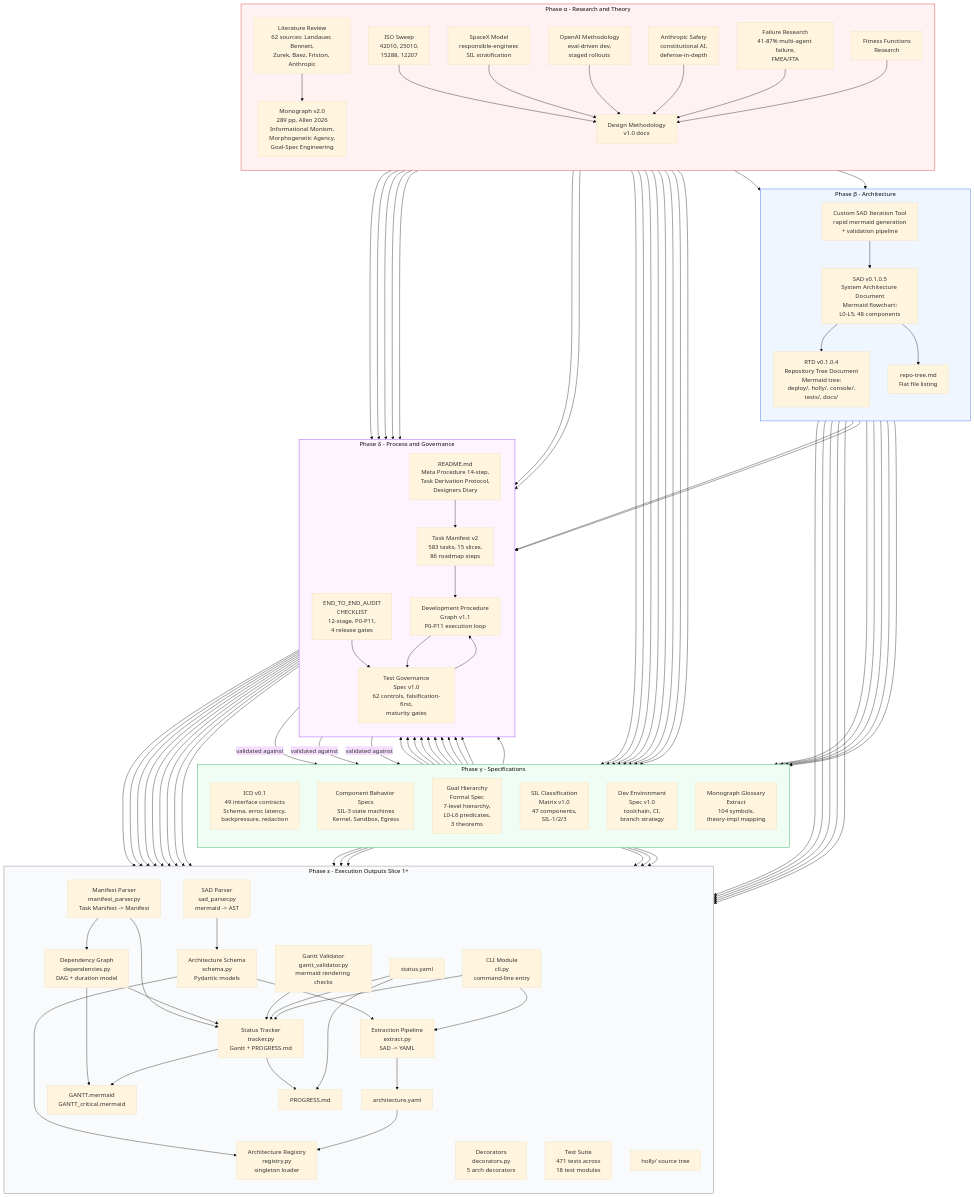
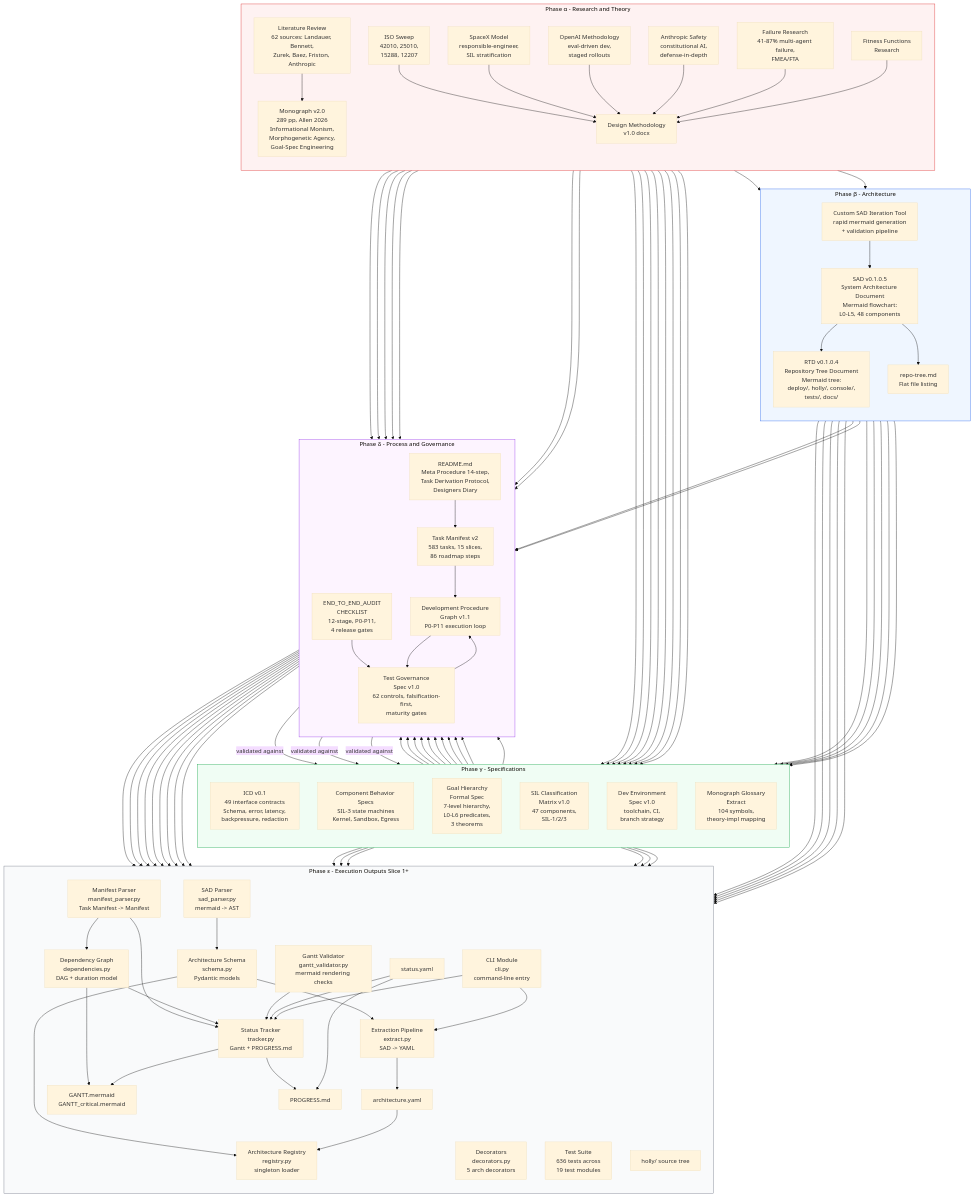
Before and after one commit to 1seansean1/ecom-agents: the diagram in docs/architecture/Artifact_Genealogy.md, drawn with Mermaid (base theme). The commit also changed other lines of this file and 10 other files, not shown here.

First line of the commit message:
Task 5.6: Register all 49 ICDs in architecture.yaml with registry lookups

```diff
--- a/docs/architecture/Artifact_Genealogy.md
+++ b/docs/architecture/Artifact_Genealogy.md
@@ -97,7 +97,7 @@
         GANTT["GANTT.mermaid\nGANTT_critical.mermaid"]
         PROG["PROGRESS.md"]
         STATYS["status.yaml"]
-        TESTS["Test Suite\n471 tests across\n18 test modules"]
+        TESTS["Test Suite\n636 tests across\n19 test modules"]
         CODE["holly/ source tree"]
     end
 
```
